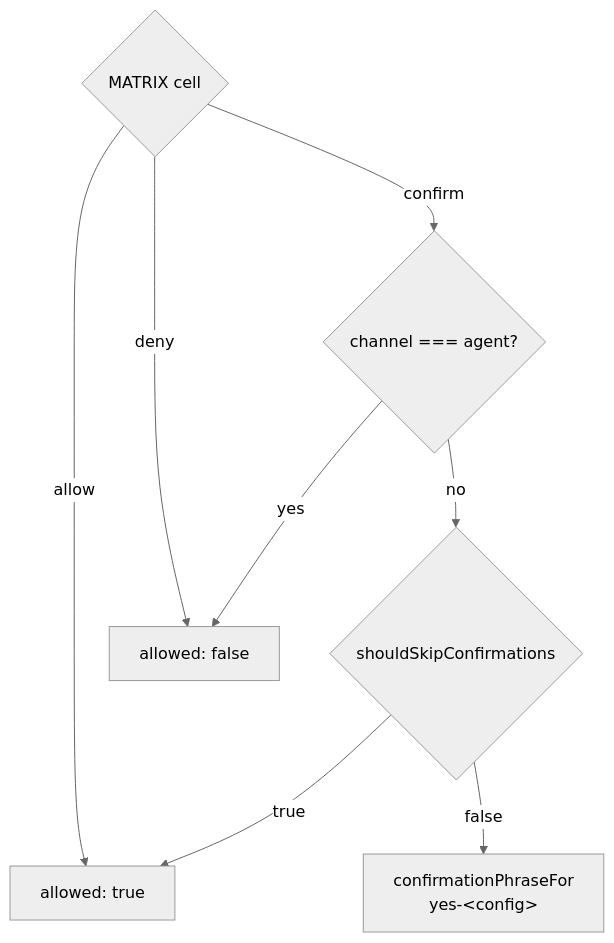
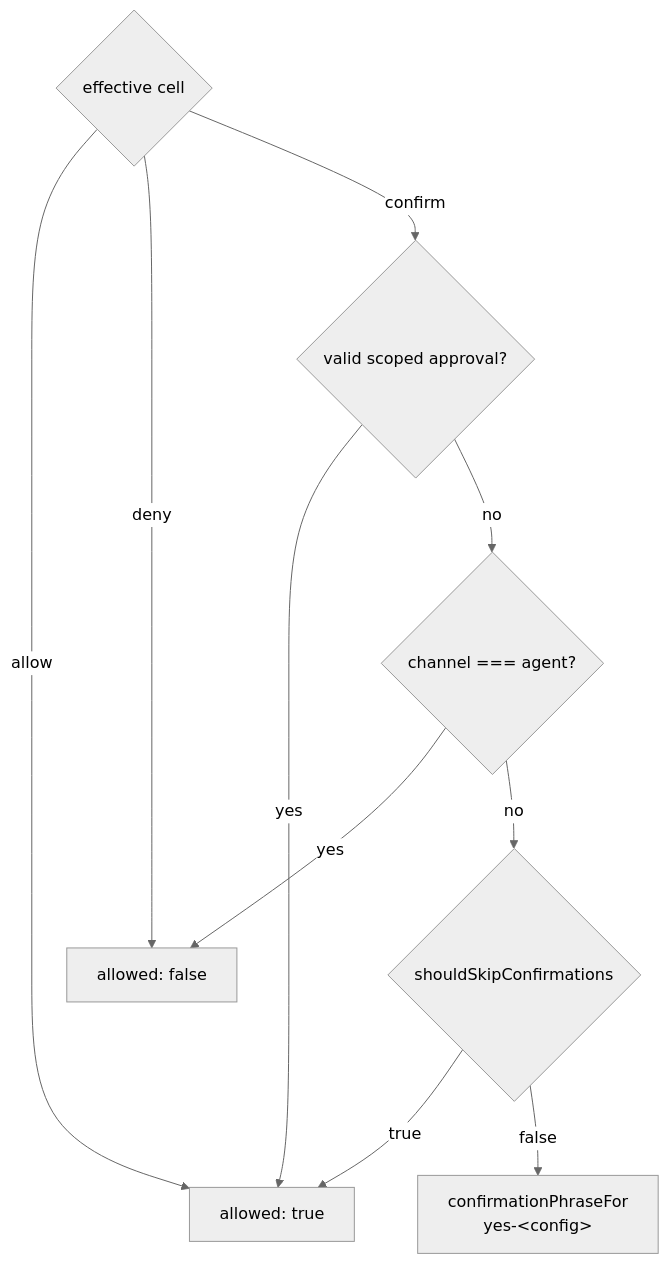
Before and after one commit to noormdev/noorm: the second of 5 diagrams in docs/wiki/core-policy.md, drawn with Mermaid (neutral theme). The commit also changed other lines of this file and 349 other files, not shown here.

````diff
--- a/docs/wiki/core-policy.md
+++ b/docs/wiki/core-policy.md
@@ -53,11 +60,13 @@
 ```mermaid
 flowchart TD
     %% source: src/core/policy/check.ts
-    M{"MATRIX cell"} -->|allow| A["allowed: true"]
+    M{"effective cell"} -->|allow| A["allowed: true"]
     M -->|deny| D["allowed: false"]
-    M -->|confirm| C{"channel === agent?"}
+    M -->|confirm| G{"valid scoped approval?"}
+    G -->|yes| A
+    G -->|no| C{"channel === agent?"}
     C -->|yes| D
     C -->|no| S{"shouldSkipConfirmations"}
     S -->|true| A
     S -->|false| P["confirmationPhraseFor<br/>yes-&lt;config&gt;"]
 ```
````
